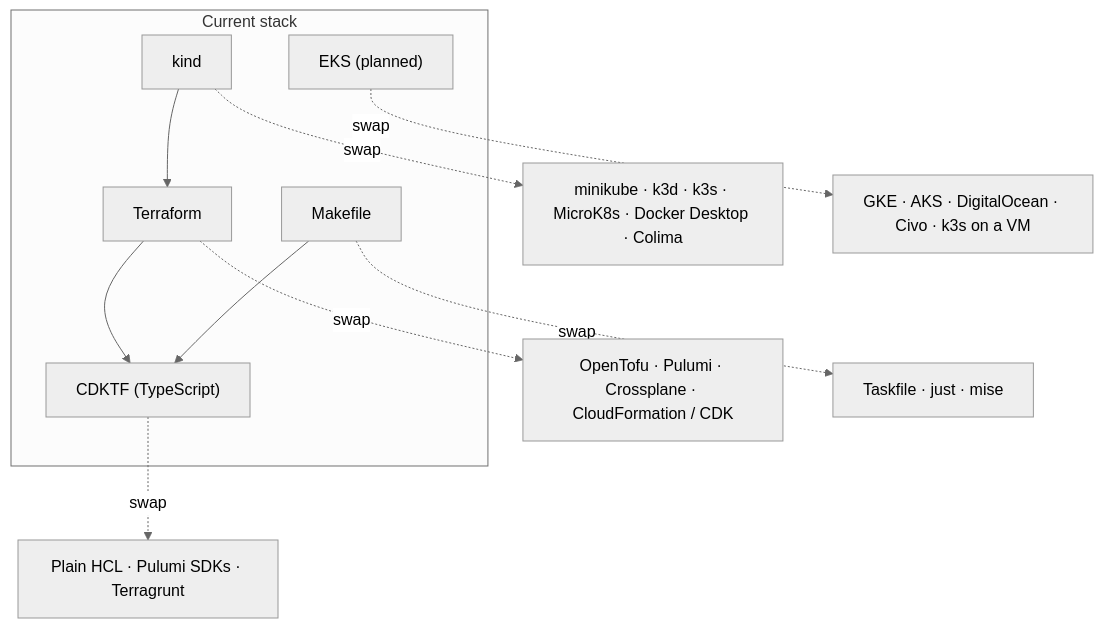
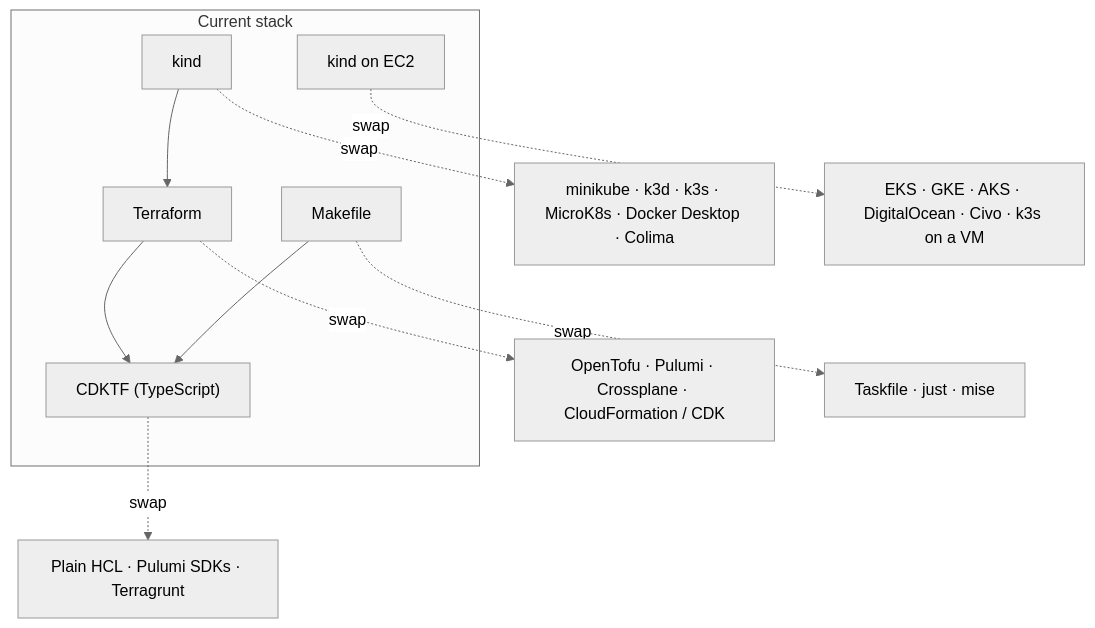
One commit to jgyy/devops changed the diagram in docs/alternatives.md. Above: the diagram before and after it, drawn with Mermaid (neutral theme). The commit also changed other lines of this file and 15 other files, not shown here.

````diff
--- a/docs/alternatives.md
+++ b/docs/alternatives.md
@@ -8,14 +9,14 @@
 ```mermaid
 flowchart TB
     subgraph current["Current stack"]
         kind["kind"] --> tf["Terraform"] --> cdktf["CDKTF (TypeScript)"]
         make["Makefile"] --> cdktf
-        eks["EKS (planned)"]
+        ec2["kind on EC2"]
     end
 
     kind -.->|swap| localalt["minikube · k3d · k3s · MicroK8s · Docker Desktop · Colima"]
     tf -.->|swap| iacalt["OpenTofu · Pulumi · Crossplane · CloudFormation / CDK"]
     cdktf -.->|swap| langalt["Plain HCL · Pulumi SDKs · Terragrunt"]
     make -.->|swap| taskalt["Taskfile · just · mise"]
-    eks -.->|swap| cloudalt["GKE · AKS · DigitalOcean · Civo · k3s on a VM"]
+    ec2 -.->|swap| cloudalt["EKS · GKE · AKS · DigitalOcean · Civo · k3s on a VM"]
 ```
````
